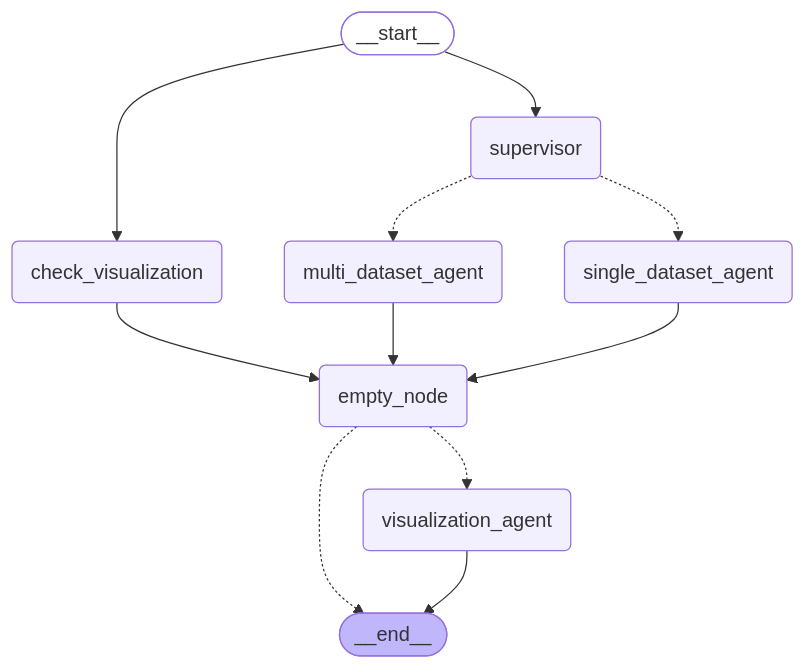
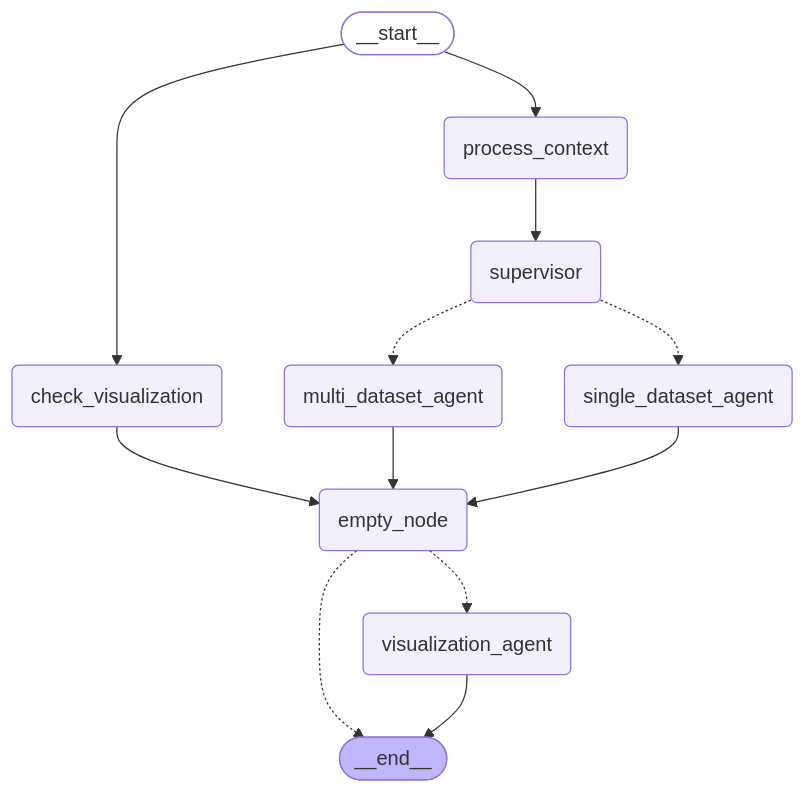
One commit to factly/gopie changed the diagram in chat-server/app/workflow/graph/graph_mermaid/agent_graph.mmd. Above: the diagram before and after it, drawn with Mermaid. The commit also changed 6 other files, not shown here.

```diff
--- a/chat-server/app/workflow/graph/graph_mermaid/agent_graph.mmd
+++ b/chat-server/app/workflow/graph/graph_mermaid/agent_graph.mmd
@@ -1,27 +1,29 @@
 ---
 config:
   flowchart:
     curve: basis
 ---
 graph TD;
 	__start__([<p>__start__</p>]):::first
+	process_context(process_context)
 	supervisor(supervisor)
 	multi_dataset_agent(multi_dataset_agent)
 	single_dataset_agent(single_dataset_agent)
 	visualization_agent(visualization_agent)
 	check_visualization(check_visualization)
 	empty_node(empty_node)
 	__end__([<p>__end__</p>]):::last
 	__start__ --> check_visualization;
-	__start__ --> supervisor;
+	__start__ --> process_context;
 	check_visualization --> empty_node;
 	empty_node -.-> __end__;
 	empty_node -.-> visualization_agent;
 	multi_dataset_agent --> empty_node;
+	process_context --> supervisor;
 	single_dataset_agent --> empty_node;
 	supervisor -.-> multi_dataset_agent;
 	supervisor -.-> single_dataset_agent;
 	visualization_agent --> __end__;
 	classDef default fill:#f2f0ff,line-height:1.2
 	classDef first fill-opacity:0
 	classDef last fill:#bfb6fc
```
